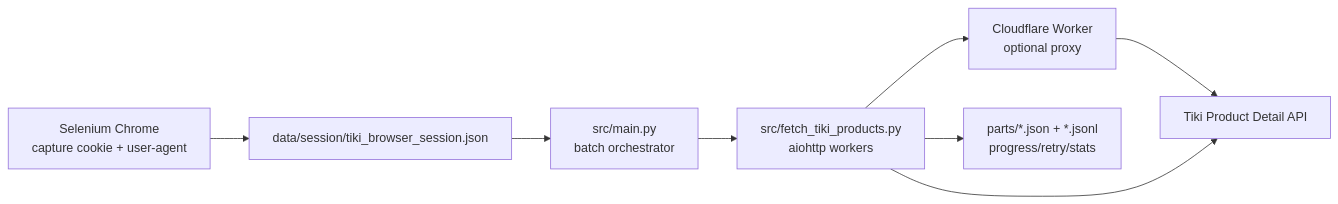
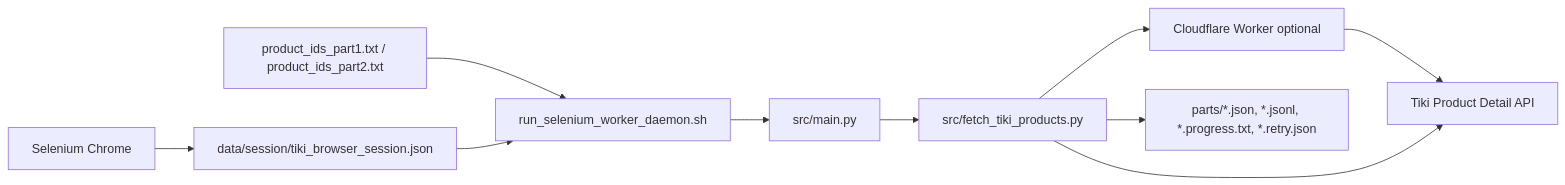
The diagram in README.md (lyxuanthanh1999/tiki-data-crawler), drawn with Mermaid before and after one commit. The commit also changed other lines of this file and 6 other files, not shown here.

````diff
--- a/README.md
+++ b/README.md
@@ -37,18 +17,22 @@
 ```mermaid
 flowchart LR
-    SEL["Selenium Chrome<br/>capture cookie + user-agent"]
+    IDS["product_ids_part1.txt / product_ids_part2.txt"]
+    SEL["Selenium Chrome"]
     SESSION["data/session/tiki_browser_session.json"]
-    MAIN["src/main.py<br/>batch orchestrator"]
-    FETCH["src/fetch_tiki_products.py<br/>aiohttp workers"]
-    WORKER["Cloudflare Worker<br/>optional proxy"]
+    DAEMON["run_selenium_worker_daemon.sh"]
+    MAIN["src/main.py"]
+    FETCH["src/fetch_tiki_products.py"]
+    CF["Cloudflare Worker optional"]
     TIKI["Tiki Product Detail API"]
-    OUT["parts/*.json + *.jsonl<br/>progress/retry/stats"]
+    OUT["parts/*.json, *.jsonl, *.progress.txt, *.retry.json"]
 
     SEL --> SESSION
-    SESSION --> MAIN
+    IDS --> DAEMON
+    SESSION --> DAEMON
+    DAEMON --> MAIN
     MAIN --> FETCH
-    FETCH --> WORKER
-    WORKER --> TIKI
+    FETCH --> CF
+    CF --> TIKI
     FETCH --> TIKI
     FETCH --> OUT
 ```
````
